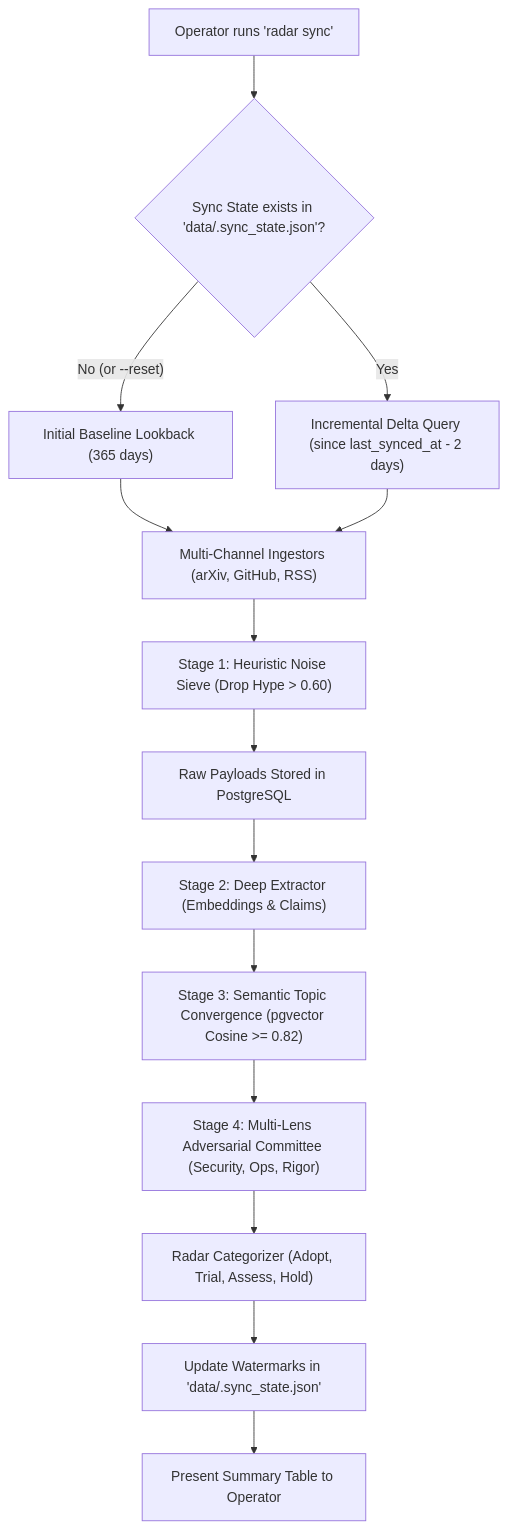
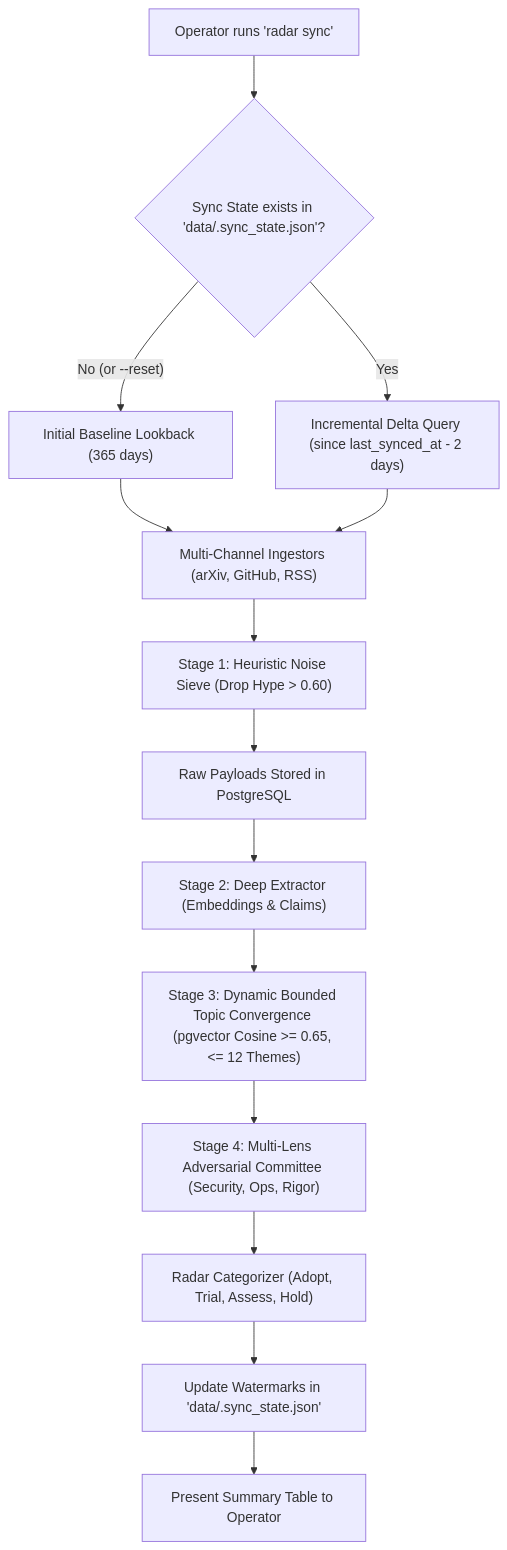
One commit to cdr74/trend_research changed the first of 2 diagrams in docs/USER_GUIDE.md. Above: the diagram before and after it, drawn with Mermaid. The commit also changed 22 other files, not shown here.

Commit message:
feat(domain): implement dynamic bounded topic convergence and theme attribution (Ref: ADR-0023, Backlog M8)

````diff
--- a/docs/USER_GUIDE.md
+++ b/docs/USER_GUIDE.md
@@ -127,16 +127,16 @@
 ```mermaid
 flowchart TD
     A["Operator runs 'radar sync'"] --> B{"Sync State exists in 'data/.sync_state.json'?"}
     B -->|"No (or --reset)"| C["Initial Baseline Lookback (365 days)"]
     B -->|"Yes"| D["Incremental Delta Query (since last_synced_at - 2 days)"]
     C --> E["Multi-Channel Ingestors (arXiv, GitHub, RSS)"]
     D --> E
     E --> F["Stage 1: Heuristic Noise Sieve (Drop Hype > 0.60)"]
     F --> G["Raw Payloads Stored in PostgreSQL"]
     G --> H["Stage 2: Deep Extractor (Embeddings & Claims)"]
-    H --> I["Stage 3: Semantic Topic Convergence (pgvector Cosine >= 0.82)"]
+    H --> I["Stage 3: Dynamic Bounded Topic Convergence (pgvector Cosine >= 0.65, <= 12 Themes)"]
     I --> J["Stage 4: Multi-Lens Adversarial Committee (Security, Ops, Rigor)"]
     J --> K["Radar Categorizer (Adopt, Trial, Assess, Hold)"]
     K --> L["Update Watermarks in 'data/.sync_state.json'"]
     L --> M["Present Summary Table to Operator"]
 ```
````
